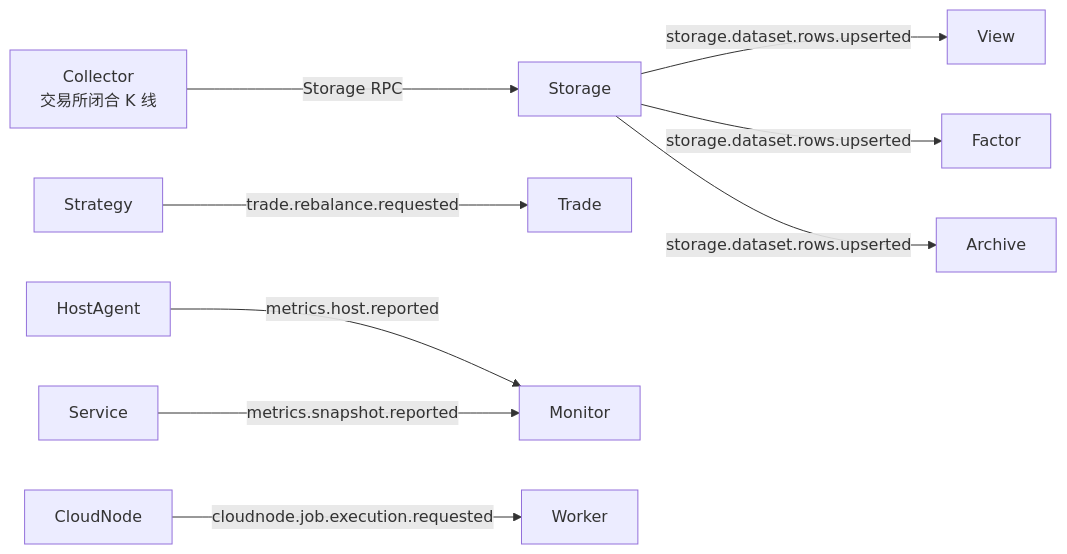
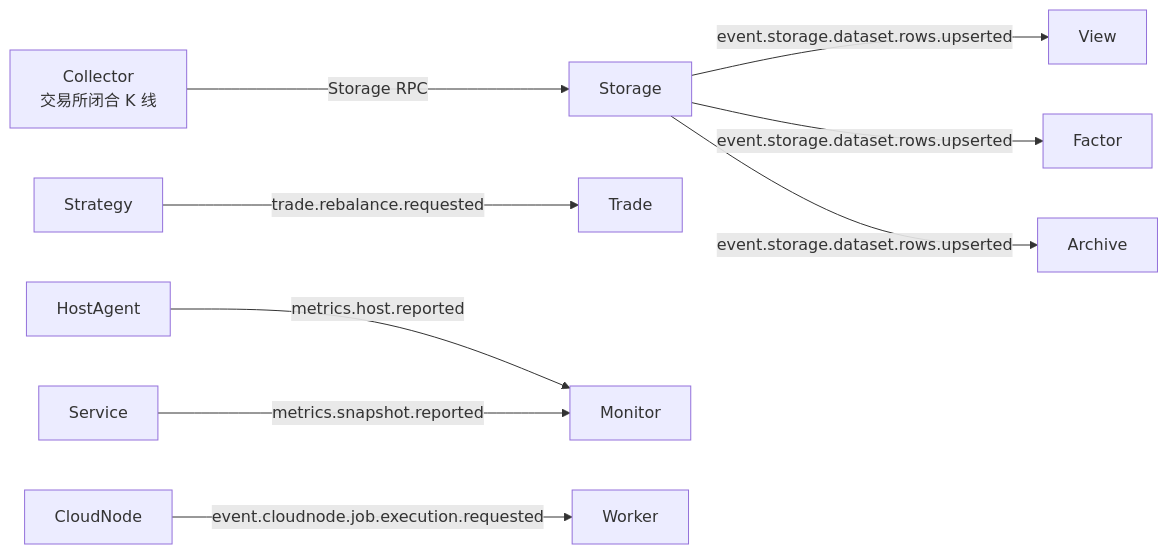
One commit to mooyang-code/moox changed the diagram in docs/superpowers/plans/2026-07-24-event-system-cr-remediation.md. Above: the diagram before and after it, drawn with Mermaid. The commit also changed other lines of this file and 719 other files, not shown here.

````diff
--- a/docs/superpowers/plans/2026-07-24-event-system-cr-remediation.md
+++ b/docs/superpowers/plans/2026-07-24-event-system-cr-remediation.md
@@ -27,11 +27,11 @@
 ```mermaid
 flowchart LR
     Collector["Collector<br/>交易所闭合 K 线"] -->|Storage RPC| Storage
-    Storage -->|"storage.dataset.rows.upserted"| View
-    Storage -->|"storage.dataset.rows.upserted"| Factor
-    Storage -->|"storage.dataset.rows.upserted"| Archive
+    Storage -->|"event.storage.dataset.rows.upserted"| View
+    Storage -->|"event.storage.dataset.rows.upserted"| Factor
+    Storage -->|"event.storage.dataset.rows.upserted"| Archive
     Strategy -->|"trade.rebalance.requested"| Trade
     HostAgent -->|"metrics.host.reported"| Monitor
     Service -->|"metrics.snapshot.reported"| Monitor
-    CloudNode -->|"cloudnode.job.execution.requested"| Worker
+    CloudNode -->|"event.cloudnode.job.execution.requested"| Worker
 ```
````
